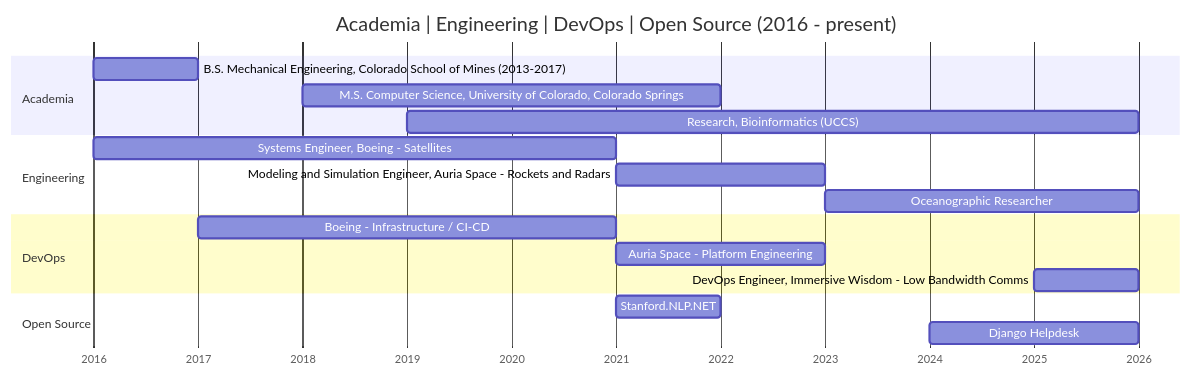
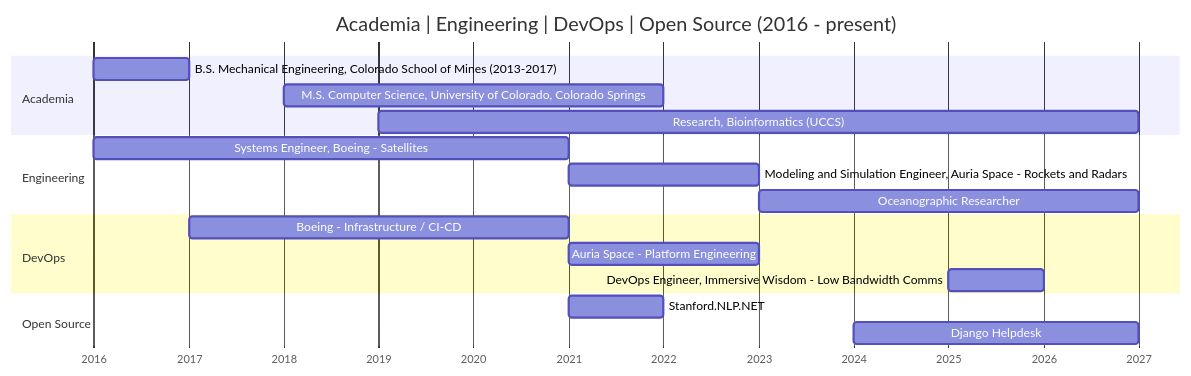
Before and after one commit to DavidVadnais/DavidVadnais: the diagram in README.md, drawn with Mermaid. The commit also changed other lines of this file, not shown here.

````diff
--- a/README.md
+++ b/README.md
@@ -7,26 +7,26 @@
 ```mermaid
 gantt
     title Academia | Engineering | DevOps | Open Source  (2016 - present)
     dateFormat  YYYY
     axisFormat  %Y
 
     section Academia
     B.S. Mechanical Engineering, Colorado School of Mines (2013-2017)  :a1, 2016, 2017
     M.S. Computer Science, University of Colorado, Colorado Springs    :a2, 2018, 2022
-    Research, Bioinformatics (UCCS)                                    :a3, 2019, 2026
+    Research, Bioinformatics (UCCS)                                    :a3, 2019, 2027
 
     section Engineering
     Systems Engineer, Boeing - Satellites                              :e1, 2016, 2021
     Modeling and Simulation Engineer, Auria Space - Rockets and Radars :e2, 2021, 2023
-    Oceanographic Researcher                                           :e3, 2023, 2026
+    Oceanographic Researcher                                           :e3, 2023, 2027
 
     section DevOps
     Boeing - Infrastructure / CI-CD                                    :d1, 2017, 2021
     Auria Space - Platform Engineering                                 :d2, 2021, 2023
     DevOps Engineer, Immersive Wisdom - Low Bandwidth Comms            :d3, 2025, 2026
 
     section Open Source
     Stanford.NLP.NET                                                   :os1, 2021, 2022
-    Django Helpdesk                                                    :os2, 2024, 2026
+    Django Helpdesk                                                    :os2, 2024, 2027
 
 ```
````
